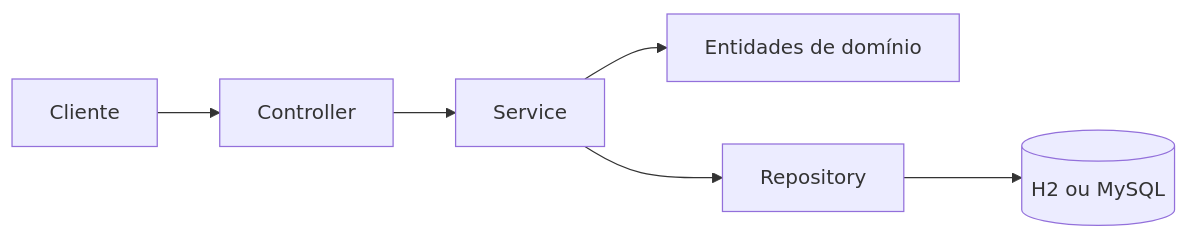
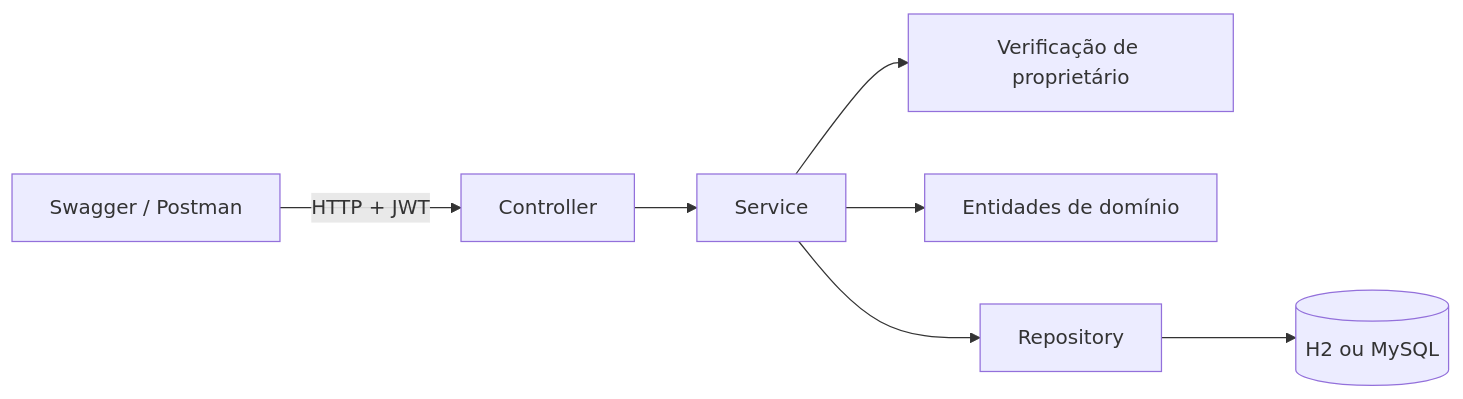
The diagram in README.md (verickmr/bank-spring), drawn with Mermaid before and after one commit. The commit also changed other lines of this file and 28 other files, not shown here.

````diff
--- a/README.md
+++ b/README.md
@@ -308,8 +351,9 @@
 ```mermaid
 flowchart LR
-    Cliente --> Controller
+    Swagger[Swagger / Postman] -->|HTTP + JWT| Controller
     Controller --> Service
+    Service --> Autorizacao[Verificação de proprietário]
     Service --> Dominio[Entidades de domínio]
     Service --> Repository
     Repository --> Banco[(H2 ou MySQL)]
 ```
````
